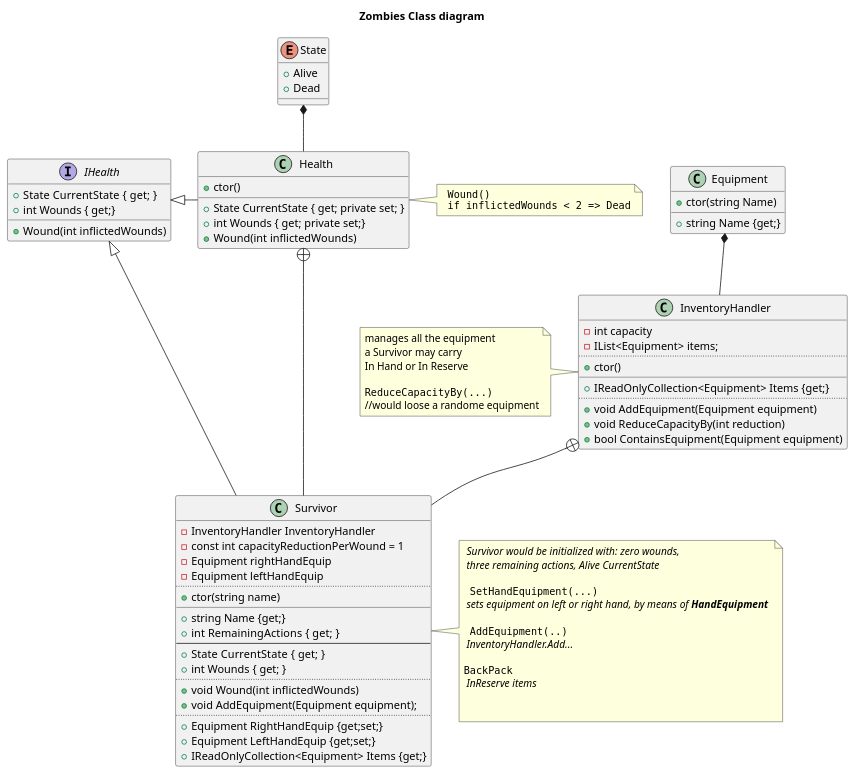
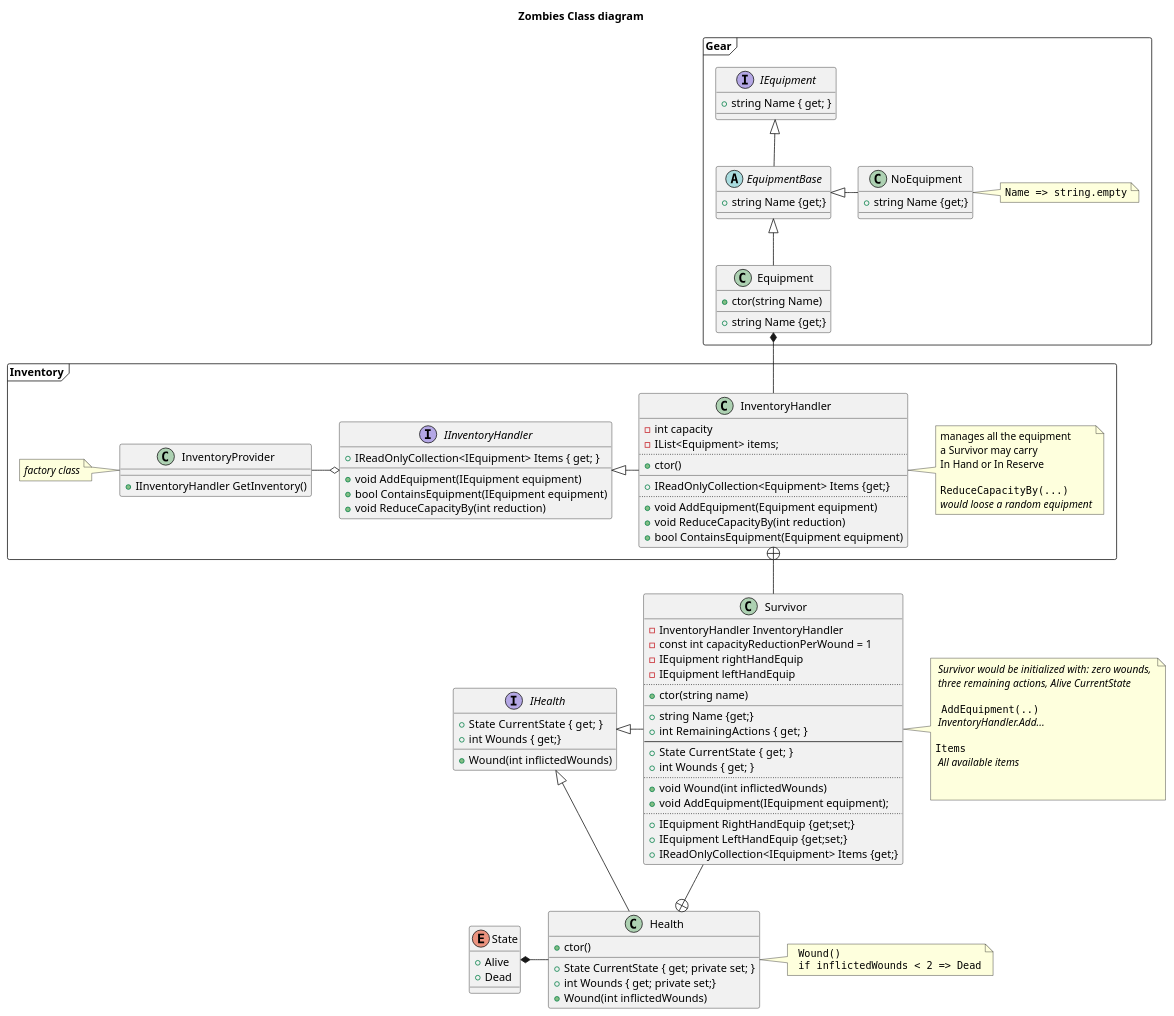
One commit to JPTouron/Zombies-Kata changed the diagram in diagram.wsd. Above: the diagram before and after it, drawn with PlantUML. The commit also changed 15 other files, not shown here.

First line of the commit message:
Step 2 completed. applied null object pattern on Equipment and extracted interface for public usage. implemented right and left hand on survivor. implemented and refined IInventoryHandler class

```diff
--- a/diagram.wsd
+++ b/diagram.wsd
@@ -1,114 +1,155 @@
 @startuml "Zombies Class diagram"
 
 title "Zombies Class diagram"
 
 
-' ADD NO EQUIPMENT
-class Equipment
-{
-    +ctor(string Name)
-    __
-    +string Name {get;}
-}
+frame Gear{
+
+    interface IEquipment{
+        +string Name { get; }
+    }
+
+    abstract class EquipmentBase
+    {
+        +string Name {get;}
+    }
+    IEquipment <|--EquipmentBase
+
+    class NoEquipment
+    {
+        +string Name {get;}
+    }
+
+    note right
+        ""Name => string.empty""
+    end note
+
+    EquipmentBase <|-right- NoEquipment
 
 
-class InventoryHandler
-{
-    -int capacity
-    -IList<Equipment> items;
-    ..
-    +ctor()
-    __
-    +IReadOnlyCollection<Equipment> Items {get;}
-    ..
-    +void AddEquipment(Equipment equipment)
-    +void ReduceCapacityBy(int reduction)
-    +bool ContainsEquipment(Equipment equipment)
+    class Equipment
+    {
+        +ctor(string Name)
+        __
+        +string Name {get;}
+    }
+
+    EquipmentBase <|-- Equipment
 }
+frame Inventory{
 
-note left
-    manages all the equipment
-    a Survivor may carry
-    In Hand or In Reserve
+    interface IInventoryHandler
+    {
+        +IReadOnlyCollection<IEquipment> Items { get; }
+        +void AddEquipment(IEquipment equipment)
+        +bool ContainsEquipment(IEquipment equipment)
+        +void ReduceCapacityBy(int reduction)
+    }
 
-    ""ReduceCapacityBy(...)""
-    //would loose a randome equipment
-end note
+    class InventoryProvider{
+        +IInventoryHandler GetInventory()
+    }
+    note left
+        //factory class//
+    end note
+    IInventoryHandler o-left- InventoryProvider
 
-Equipment *-- InventoryHandler
+    class InventoryHandler
+    {
+        -int capacity
+        -IList<Equipment> items;
+        ..
+        +ctor()
+        __
+        +IReadOnlyCollection<Equipment> Items {get;}
+        ..
+        +void AddEquipment(Equipment equipment)
+        +void ReduceCapacityBy(int reduction)
+        +bool ContainsEquipment(Equipment equipment)
+    }
+
+    note right
+        manages all the equipment
+        a Survivor may carry
+        In Hand or In Reserve
+
+        ""ReduceCapacityBy(...)""
+        //would loose a random equipment//
+    end note
+
+    IInventoryHandler <|- InventoryHandler
+    Equipment *-- InventoryHandler
+}
 
 enum State{
     +Alive
     +Dead
 }
 
 interface IHealth
 {
     +State CurrentState  { get; }
     +int Wounds { get;}
     +Wound(int inflictedWounds)
 }
 
 class Health
 {
     +ctor()
     __
     +State CurrentState { get; private set; }
     +int Wounds { get; private set;}
     +Wound(int inflictedWounds)
 }
 
 note right
     "" Wound() ""
     "" if inflictedWounds < 2 => Dead""
 end note
 
-State *-- Health
+State *- Health
 IHealth <|- Health
 
 
 class Survivor
 {
     -InventoryHandler InventoryHandler
     -const int capacityReductionPerWound = 1
-    -Equipment rightHandEquip 
-    -Equipment leftHandEquip 
+    -IEquipment rightHandEquip
+    -IEquipment leftHandEquip
     ..
     +ctor(string name)
     __
     +string Name {get;}
     +int RemainingActions  { get; }
     --
     +State CurrentState  { get; }
     +int Wounds { get; }
     ..
-    +void Wound(int inflictedWounds)        
-    +void AddEquipment(Equipment equipment);
+    +void Wound(int inflictedWounds)
+    +void AddEquipment(IEquipment equipment);
     ..
-    +Equipment RightHandEquip {get;set;}
-    +Equipment LeftHandEquip {get;set;}
-    +IReadOnlyCollection<Equipment> Items {get;}
+    +IEquipment RightHandEquip {get;set;}
+    +IEquipment LeftHandEquip {get;set;}
+    +IReadOnlyCollection<IEquipment> Items {get;}
 }
 
 note right
     // Survivor would be initialized with: zero wounds, //
     // three remaining actions, Alive CurrentState //
 
-    "" SetHandEquipment(...) ""
-    // sets equipment on left or right hand, by means of **HandEquipment** //
-
     "" AddEquipment(..) ""
     // InventoryHandler.Add...//
 
-    ""BackPack""
-    // InReserve items //
+    ""Items""
+    // All available items //
 
 
 end note
 
-Health +--- Survivor
+Health +-up- Survivor
 IHealth <|-Survivor
 
 InventoryHandler +-- Survivor
 
 @enduml
```
